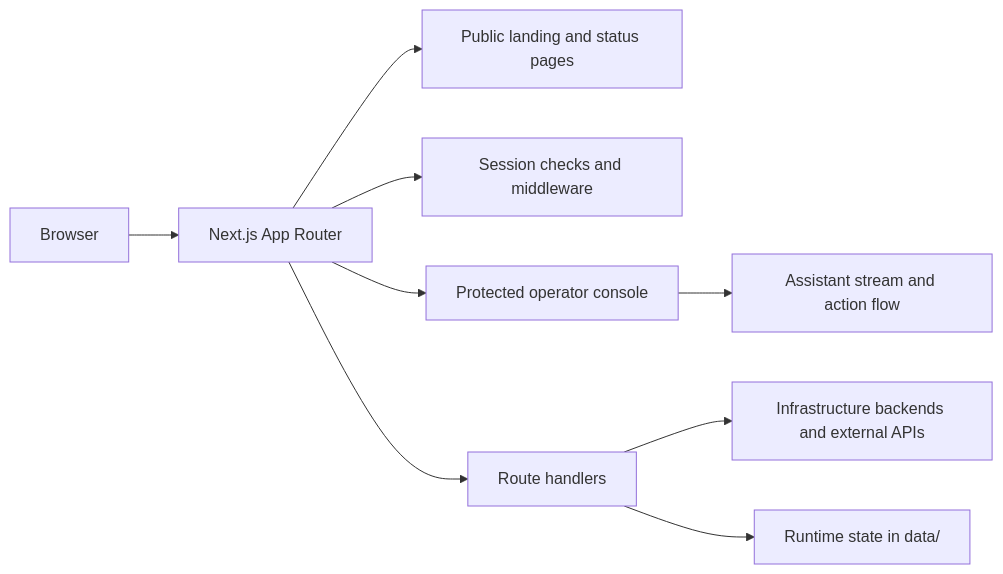
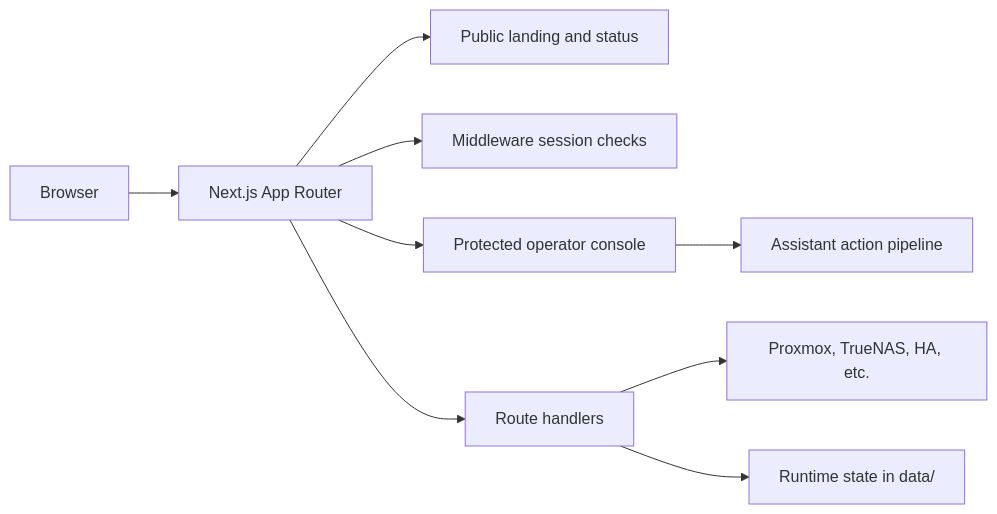
One commit to ClGratton/SignalDeck changed the diagram in README.md. Above: the diagram before and after it, drawn with Mermaid. The commit also changed other lines of this file and 1 other file, not shown here.

````diff
--- a/README.md
+++ b/README.md
@@ -14,11 +20,11 @@
 ```mermaid
 flowchart LR
   Browser[Browser] --> App[Next.js App Router]
-  App --> Public[Public landing and status pages]
-  App --> Auth[Session checks and middleware]
+  App --> Public[Public landing and status]
+  App --> Auth[Middleware session checks]
   App --> Console[Protected operator console]
-  Console --> Assistant[Assistant stream and action flow]
+  Console --> Assistant[Assistant action pipeline]
   App --> API[Route handlers]
-  API --> Backends[Infrastructure backends and external APIs]
+  API --> Backends[Proxmox, TrueNAS, HA, etc.]
   API --> State[Runtime state in data/]
 ```
````
